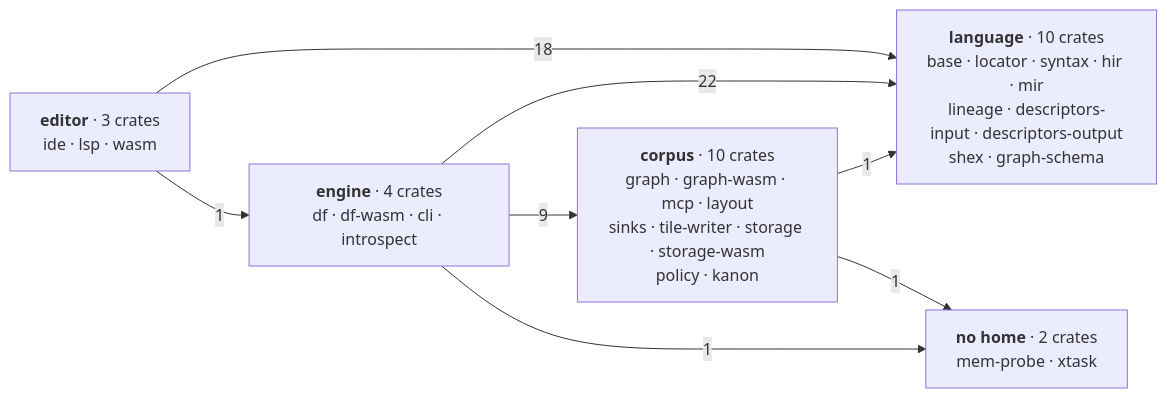
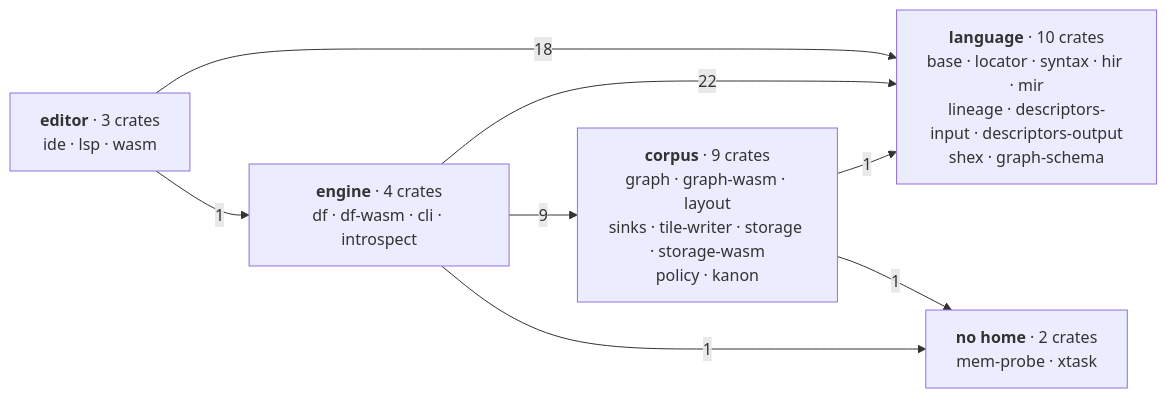
One commit to Kanzo-Tech/fossil-lang changed the first of 4 diagrams in apps/docs/content/docs/(root)/architecture.mdx. Above: the diagram before and after it, drawn with Mermaid. The commit also changed other lines of this file and 14 other files, not shown here.

````diff
--- a/apps/docs/content/docs/(root)/architecture.mdx
+++ b/apps/docs/content/docs/(root)/architecture.mdx
@@ -148,16 +145,16 @@
 ```mermaid
 graph LR
   L["<b>language</b> · 10 crates<br/>base · locator · syntax · hir · mir<br/>lineage · descriptors-input · descriptors-output<br/>shex · graph-schema"]
   E["<b>editor</b> · 3 crates<br/>ide · lsp · wasm"]
   M["<b>engine</b> · 4 crates<br/>df · df-wasm · cli · introspect"]
-  C["<b>corpus</b> · 10 crates<br/>graph · graph-wasm · mcp · layout<br/>sinks · tile-writer · storage · storage-wasm<br/>policy · kanon"]
+  C["<b>corpus</b> · 9 crates<br/>graph · graph-wasm · layout<br/>sinks · tile-writer · storage · storage-wasm<br/>policy · kanon"]
   X["<b>no home</b> · 2 crates<br/>mem-probe · xtask"]
 
   E -->|18| L
   E -->|1| M
   M -->|22| L
   M -->|9| C
   C -->|1| L
   M -->|1| X
   C -->|1| X
 ```
````
